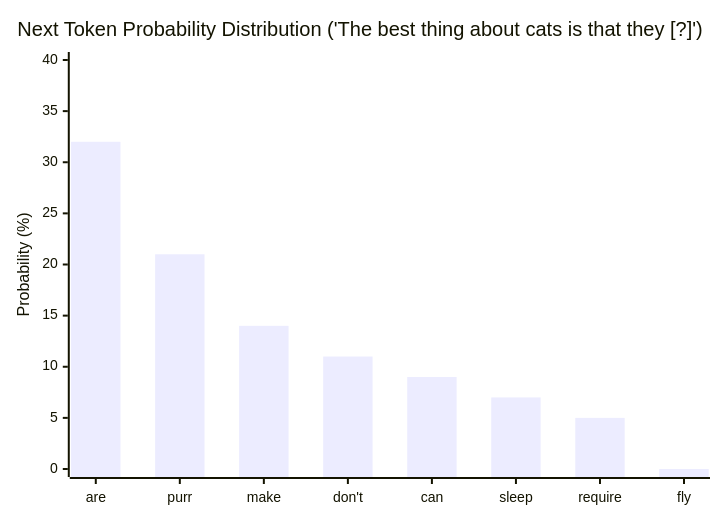
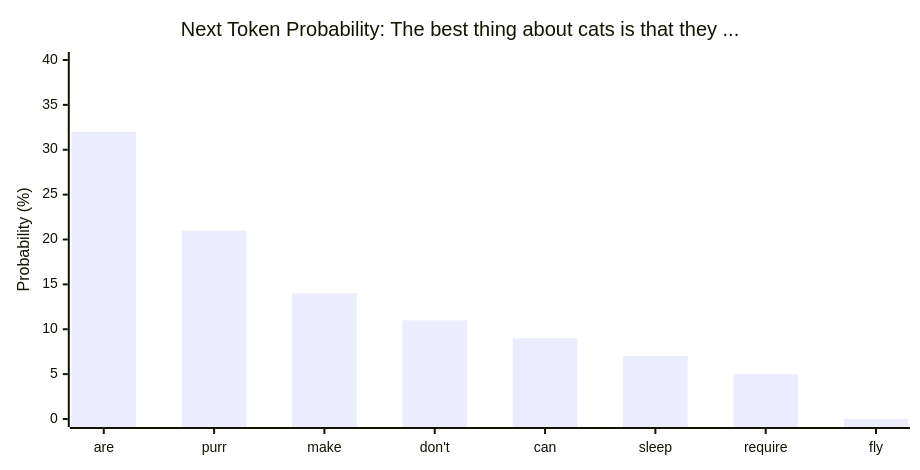
The second of 2 diagrams in docs/LectureNotes/CS112-Topic07-1-GenerativeAI.md (LCC-CIT/CS112-CourseMaterials), drawn with Mermaid before and after one commit. The commit also changed other lines of this file, not shown here.

````diff
--- a/docs/LectureNotes/CS112-Topic07-1-GenerativeAI.md
+++ b/docs/LectureNotes/CS112-Topic07-1-GenerativeAI.md
@@ -88,7 +92,8 @@
 ```mermaid
+%%{init: {"xyChart": {"width": 900, "height": 450}}}%%
 xychart-beta
-    title "Next Token Probability Distribution ('The best thing about cats is that they [?]')"
+    title "Next Token Probability: The best thing about cats is that they ..."
     x-axis ["are", "purr", "make", "don't", "can", "sleep", "require", "fly"]
     y-axis "Probability (%)" 0 --> 40
     bar [32, 21, 14, 11, 9, 7, 5, 0.001]
 ```
````
